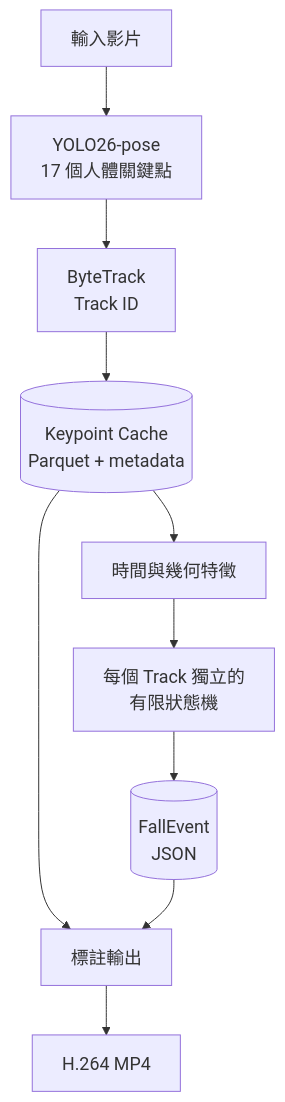
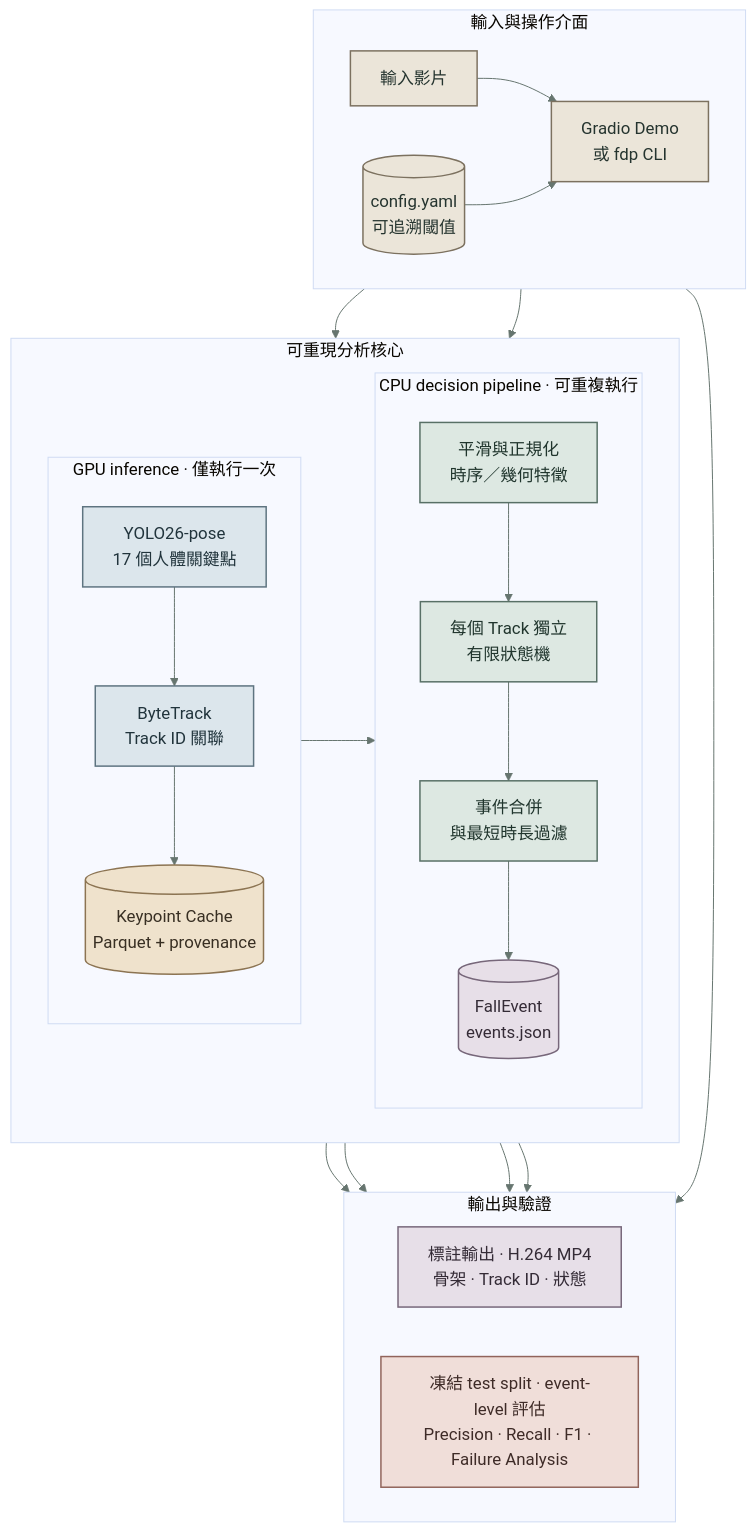
Before and after one commit to kuotunyu/fall-detection-pose: the first of 3 diagrams in README.md, drawn with Mermaid. The commit also changed other lines of this file and 1 other file, not shown here.

Commit message:
docs: add architecture diagrams to bilingual README

````diff
--- a/README.md
+++ b/README.md
@@ -118,13 +120,56 @@
 ```mermaid
-%%{init: {'themeVariables': {'fontSize': '18px'}}}%%
-flowchart TD
-    Video[輸入影片] --> Pose[YOLO26-pose<br/>17 個人體關鍵點]
-    Pose --> Track[ByteTrack<br/>Track ID]
-    Track --> Cache[(Keypoint Cache<br/>Parquet + metadata)]
-    Cache --> Feature[時間與幾何特徵]
-    Feature --> FSM[每個 Track 獨立的<br/>有限狀態機]
-    FSM --> Events[(FallEvent<br/>JSON)]
-    Cache --> Annotate[標註輸出]
-    Events --> Annotate
-    Annotate --> Result[H.264 MP4]
+%%{init: {'theme': 'base', 'themeVariables': {'fontSize': '17px', 'fontFamily': 'Arial, sans-serif', 'lineColor': '#66756F'}}}%%
+flowchart TB
+    subgraph Interface[輸入與操作介面]
+        direction LR
+        Video[輸入影片] --> Entry[Gradio Demo<br/>或 fdp CLI]
+        Config[(config.yaml<br/>可追溯閾值)] --> Entry
+    end
+
+    subgraph Core[可重現分析核心]
+        direction LR
+        subgraph GPU[GPU inference · 僅執行一次]
+            direction TB
+            Pose[YOLO26-pose<br/>17 個人體關鍵點] --> Track[ByteTrack<br/>Track ID 關聯]
+            Track --> Cache[(Keypoint Cache<br/>Parquet + provenance)]
+        end
+
+        subgraph CPU[CPU decision pipeline · 可重複執行]
+            direction TB
+            Feature[平滑與正規化<br/>時序／幾何特徵] --> FSM[每個 Track 獨立<br/>有限狀態機]
+            FSM --> Post[事件合併<br/>與最短時長過濾]
+            Post --> Events[(FallEvent<br/>events.json)]
+        end
+
+        Cache --> Feature
+    end
+
+    Entry --> Pose
+    Config --> Feature
+
+    subgraph Evidence[輸出與驗證]
+        direction LR
+        Render[標註輸出 · H.264 MP4<br/>骨架 · Track ID · 狀態]
+        Eval[凍結 test split · event-level 評估<br/>Precision · Recall · F1 · Failure Analysis]
+    end
+
+    Cache --> Render
+    Events --> Render
+    Video --> Render
+    Cache --> Eval
+    Events --> Eval
+
+    classDef input fill:#EBE5D9,stroke:#7C715F,stroke-width:1.5px,color:#25342F
+    classDef inference fill:#DCE6EC,stroke:#5E7480,stroke-width:1.5px,color:#21343C
+    classDef cache fill:#EFE2CC,stroke:#8C7452,stroke-width:1.5px,color:#382F23
+    classDef decision fill:#DDE8E2,stroke:#587066,stroke-width:1.5px,color:#20352D
+    classDef output fill:#E7DFE8,stroke:#77677A,stroke-width:1.5px,color:#342B36
+    classDef evidence fill:#F0DED9,stroke:#91645B,stroke-width:1.5px,color:#3E2B27
+
+    class Video,Entry,Config input
+    class Pose,Track inference
+    class Cache cache
+    class Feature,FSM,Post decision
+    class Events,Render output
+    class Eval evidence
 ```
````
